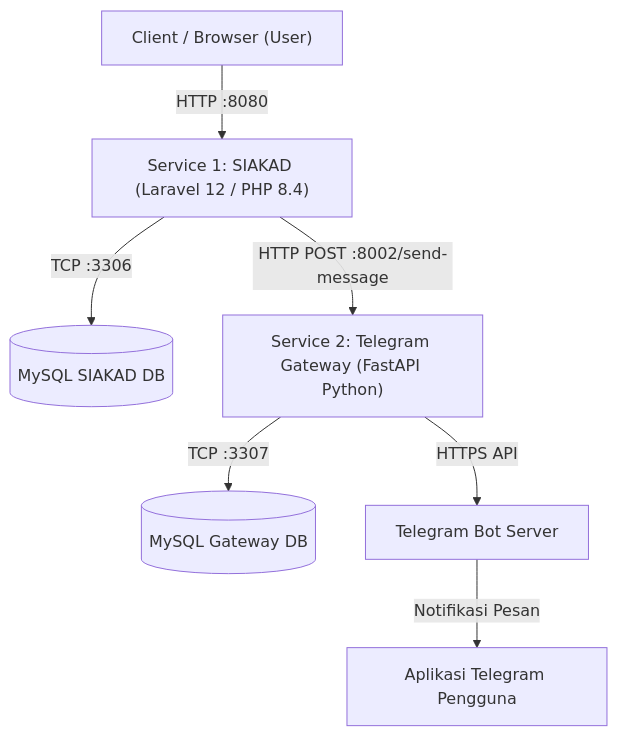
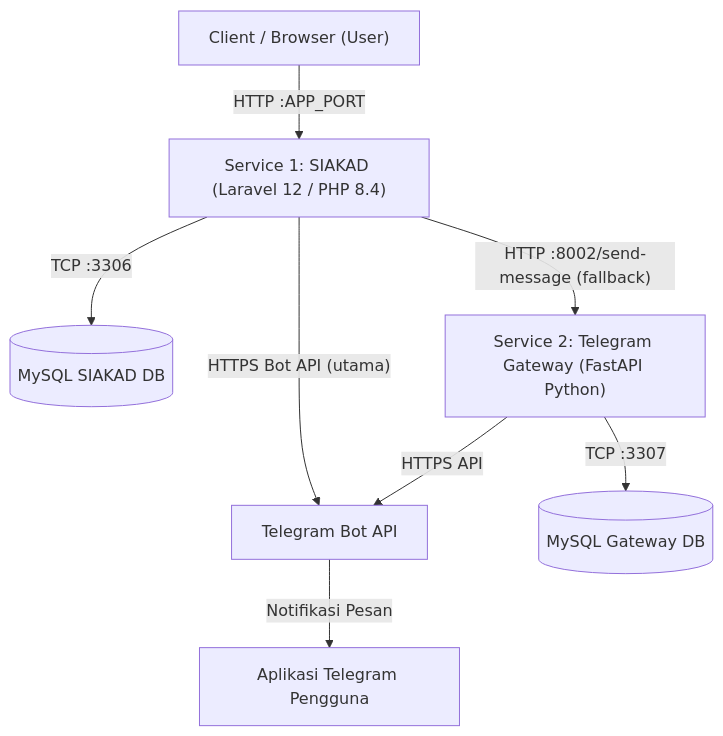
One commit to muhnuramin/Tugas_CloudComputing changed the diagram in PANDUAN_DOCKER.md. Above: the diagram before and after it, drawn with Mermaid. The commit also changed other lines of this file and 9 other files, not shown here.

Commit message:
Refactor Telegram notification system: enhance login notifications, update environment configurations, and improve message handling

````diff
--- a/PANDUAN_DOCKER.md
+++ b/PANDUAN_DOCKER.md
@@ -16,9 +16,10 @@
 ```mermaid
 graph TD
-    User["Client / Browser (User)"] -->|"HTTP :8080"| Service1["Service 1: SIAKAD (Laravel 12 / PHP 8.4)"]
+    User["Client / Browser (User)"] -->|"HTTP :APP_PORT"| Service1["Service 1: SIAKAD (Laravel 12 / PHP 8.4)"]
     Service1 -->|"TCP :3306"| DB1[("MySQL SIAKAD DB")]
-    Service1 -->|"HTTP POST :8002/send-message"| Service2["Service 2: Telegram Gateway (FastAPI Python)"]
+    Service1 -->|"HTTPS Bot API (utama)"| TelegramAPI["Telegram Bot API"]
+    Service1 -->|"HTTP :8002/send-message (fallback)"| Service2["Service 2: Telegram Gateway (FastAPI Python)"]
     Service2 -->|"TCP :3307"| DB2[("MySQL Gateway DB")]
-    Service2 -->|"HTTPS API"| TelegramAPI["Telegram Bot Server"]
+    Service2 -->|"HTTPS API"| TelegramAPI
     TelegramAPI -->|"Notifikasi Pesan"| TelegramApp["Aplikasi Telegram Pengguna"]
 ```
````
